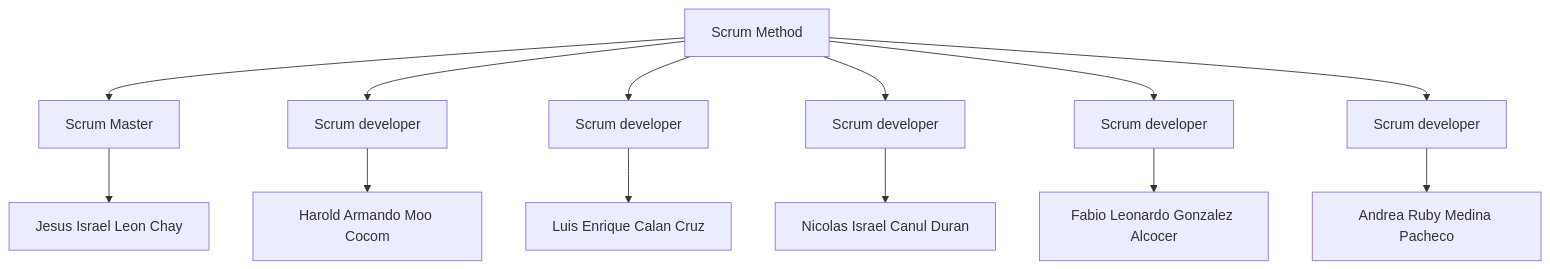
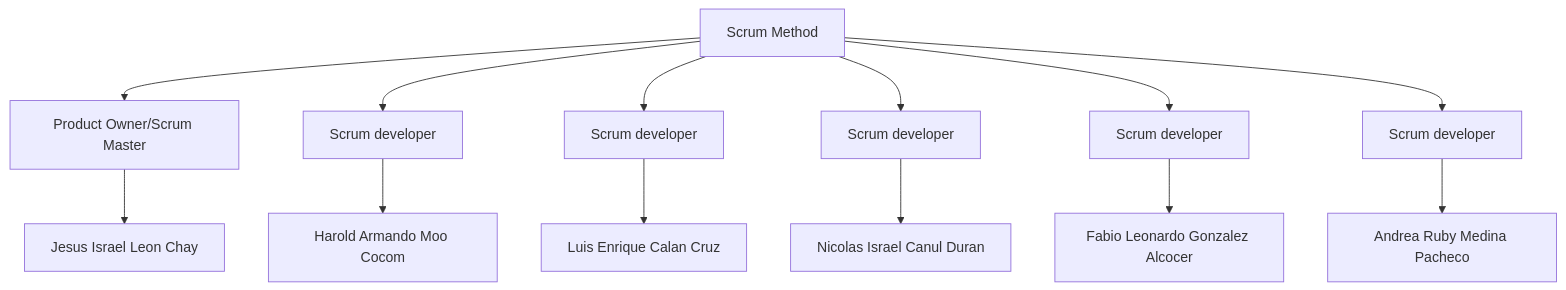
Before and after one commit to Chayy80/Repostorio-Equipo-3: the diagram in Task_Trial#3/Process.md, drawn with Mermaid.

````diff
--- a/Task_Trial#3/Process.md
+++ b/Task_Trial#3/Process.md
@@ -16,16 +16,16 @@
 ```mermaid
 graph TD;
-    A[Scrum Method] --> B[Scrum Master];
+    A[Scrum Method] --> B[Product Owner/Scrum Master];
     A --> D[Scrum developer];
     A --> E[Scrum developer];
     A --> F[Scrum developer];
     A --> G[Scrum developer];
     A --> H[Scrum developer];
     
     B --> B1[Jesus Israel Leon Chay];
     E --> E1[Luis Enrique Calan Cruz];
 	H --> H1[Andrea Ruby Medina Pacheco]
     D --> D1[Harold Armando Moo Cocom];
     G --> G1[Fabio Leonardo Gonzalez Alcocer];
     F --> F1[Nicolas Israel Canul Duran];
 ```
````
